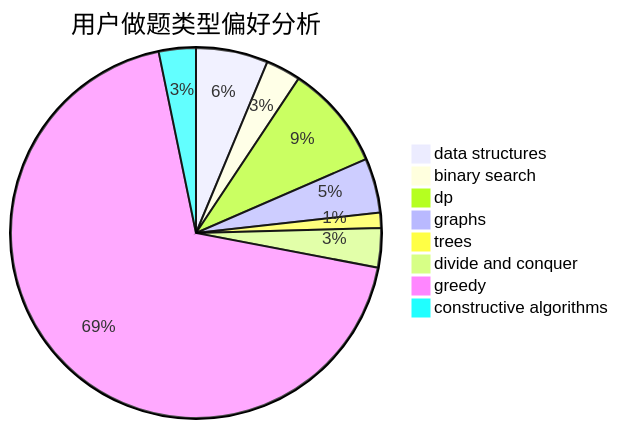
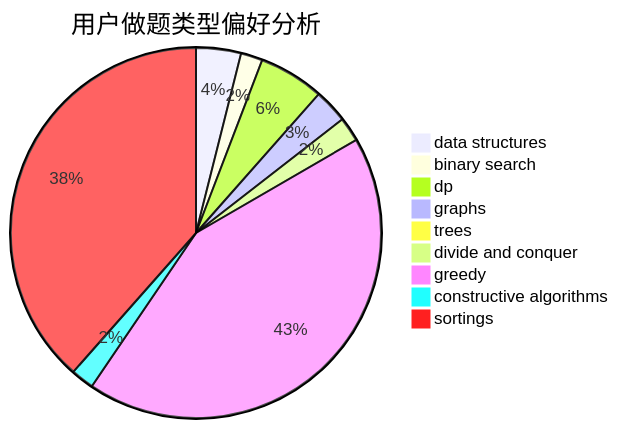
The second of 3 diagrams in docs/user/u7.md (sherpahu/cfrs.github.io), drawn with Mermaid before and after one commit. The commit also changed other lines of this file and 2769 other files, not shown here.

````diff
--- a/docs/user/u7.md
+++ b/docs/user/u7.md
@@ -23,11 +18,12 @@
 ```mermaid
 pie title 用户做题类型偏好分析
     "data structures" :  33
     "binary search" :  16
     "dp" :  48
     "graphs" :  25
     "trees" :  7
     "divide and conquer" :  18
     "greedy" :  361
     "constructive algorithms" :  17
+    "sortings" :  324
 ```
````
